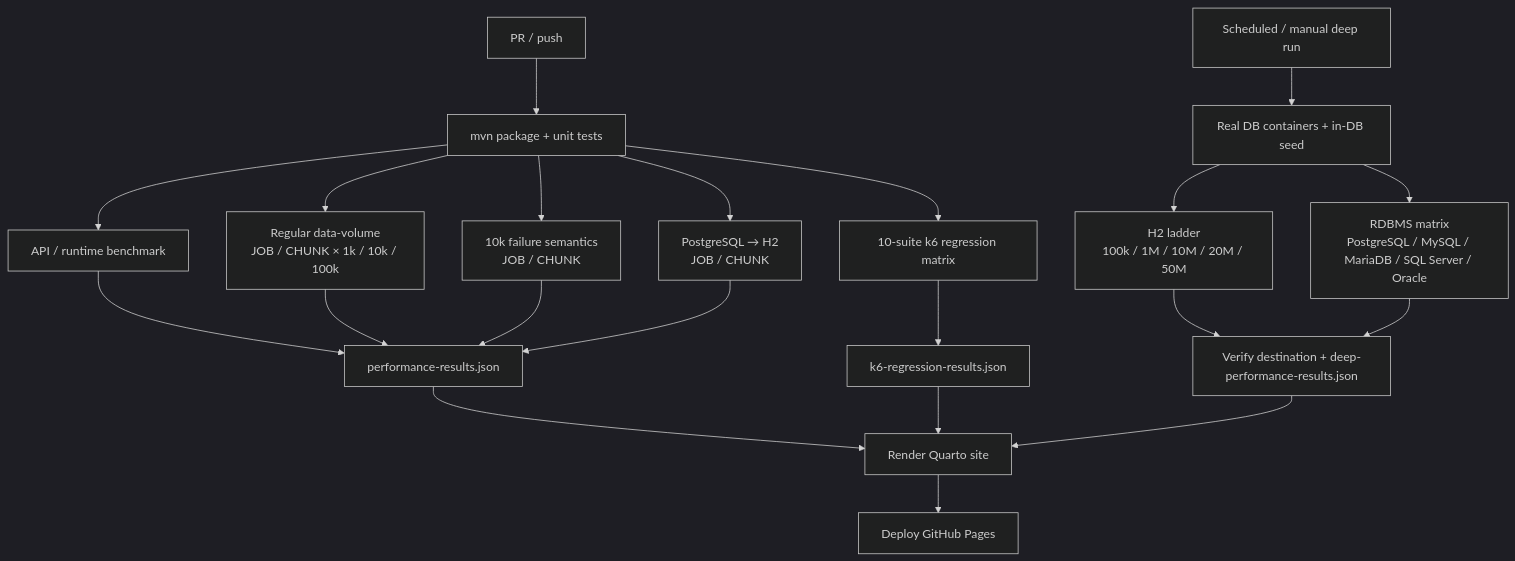
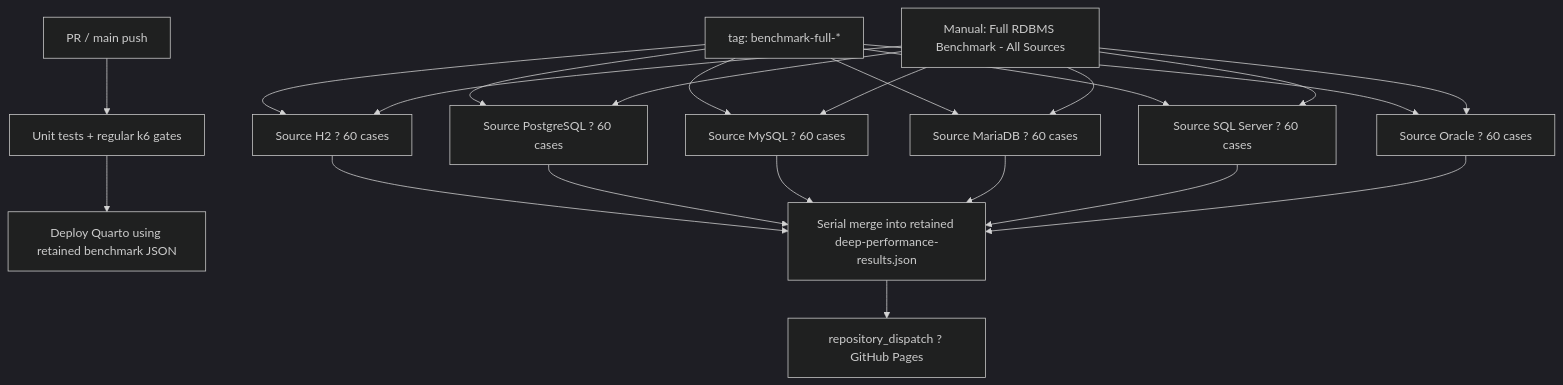
One commit to tibame201020/IrisPipe changed the third of 3 diagrams in quarto/performance.qmd. Above: the diagram before and after it, drawn with Mermaid (dark theme). The commit also changed other lines of this file and 19 other files, not shown here.

Commit message:
feat: add full cross-RDBMS benchmark matrix

````diff
--- a/quarto/performance.qmd
+++ b/quarto/performance.qmd
@@ -102,26 +117,27 @@
 ```{mermaid}
 flowchart TD
-  P["PR / push"] --> B["mvn package + unit tests"]
-  B --> A["API / runtime benchmark"]
-  B --> V["Regular data-volume\nJOB / CHUNK × 1k / 10k / 100k"]
-  B --> F["10k failure semantics\nJOB / CHUNK"]
-  B --> X["PostgreSQL → H2\nJOB / CHUNK"]
-  B --> R["10-suite k6 regression matrix"]
+  PR["PR / main push"] --> G["Unit tests + regular k6 gates"]
+  G --> P["Deploy Quarto using retained benchmark JSON"]
 
-  S["Scheduled / manual deep run"] --> DB["Real DB containers + in-DB seed"]
-  DB --> H["H2 ladder\n100k / 1M / 10M / 20M / 50M"]
-  DB --> M["RDBMS matrix\nPostgreSQL / MySQL / MariaDB / SQL Server / Oracle"]
-  H --> DP["Verify destination + deep-performance-results.json"]
-  M --> DP
+  T["tag: benchmark-full-*"] --> H2["Source H2 ? 60 cases"]
+  T --> PG["Source PostgreSQL ? 60 cases"]
+  T --> MY["Source MySQL ? 60 cases"]
+  T --> MA["Source MariaDB ? 60 cases"]
+  T --> MS["Source SQL Server ? 60 cases"]
+  T --> OR["Source Oracle ? 60 cases"]
 
-  A --> KP["performance-results.json"]
-  V --> KP
-  F --> KP
-  X --> KP
-  R --> RP["k6-regression-results.json"]
+  M["Manual: Full RDBMS Benchmark - All Sources"] --> H2
+  M --> PG
+  M --> MY
+  M --> MA
+  M --> MS
+  M --> OR
 
-  KP --> Q["Render Quarto site"]
-  RP --> Q
-  DP --> Q
-  Q --> D["Deploy GitHub Pages"]
+  H2 --> R["Serial merge into retained deep-performance-results.json"]
+  PG --> R
+  MY --> R
+  MA --> R
+  MS --> R
+  OR --> R
+  R --> D["repository_dispatch ? GitHub Pages"]
 ```
````
